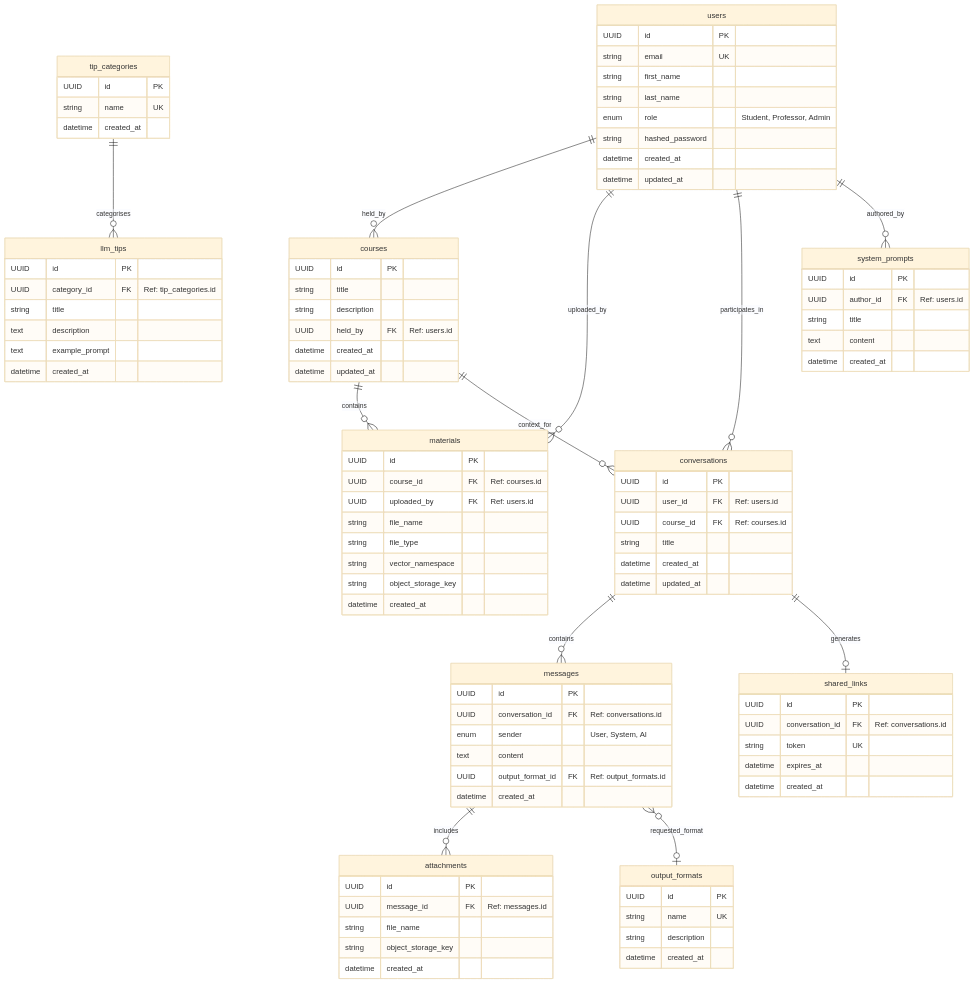
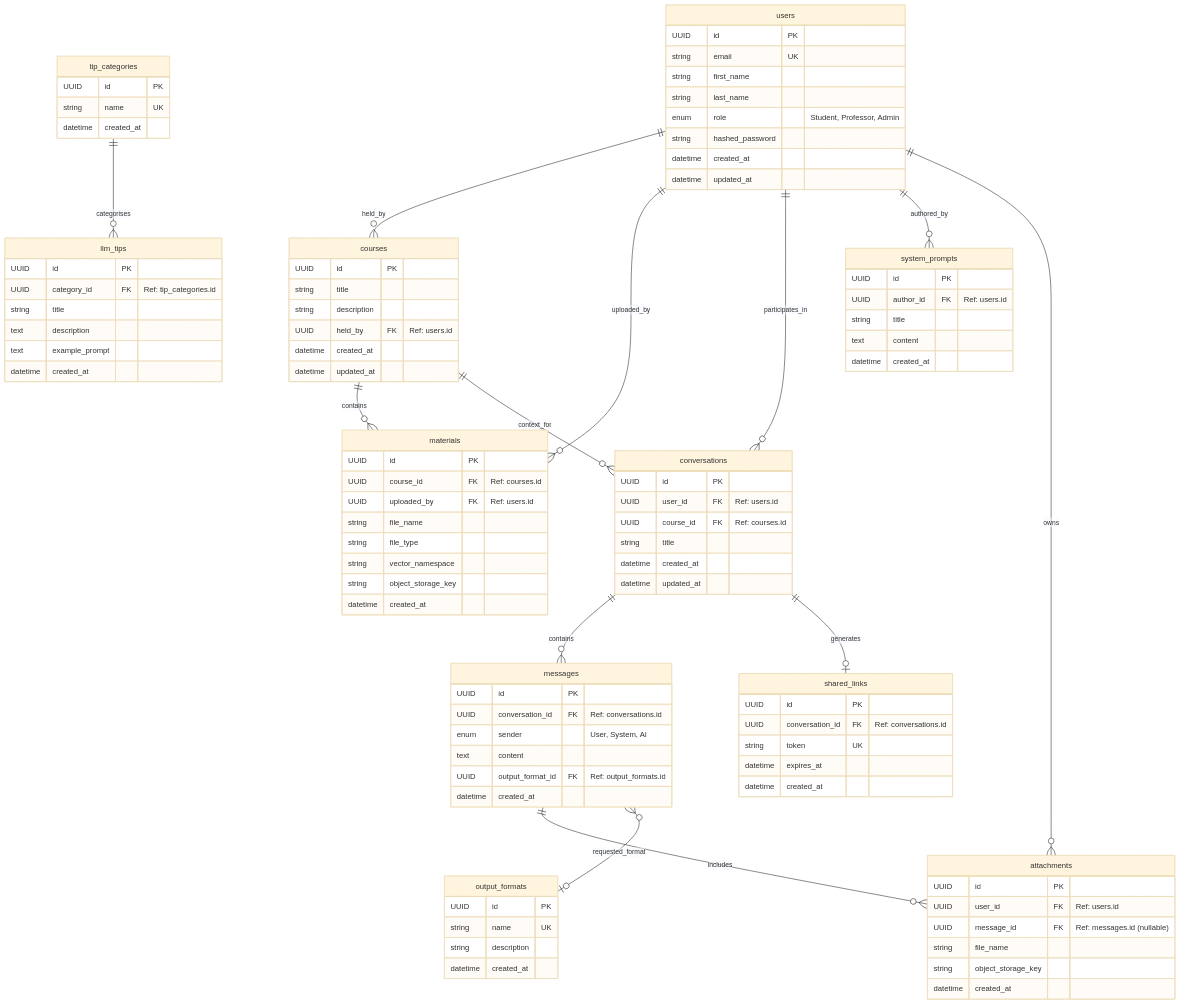
One commit to ULBS-cauci/backend changed the first of 3 diagrams in DATABASE_SCHEMA.md. Above: the diagram before and after it, drawn with Mermaid (base theme). The commit also changed other lines of this file and 6 other files, not shown here.

```diff
--- a/DATABASE_SCHEMA.md
+++ b/DATABASE_SCHEMA.md
@@ -72,7 +72,8 @@
 
     attachments {
         UUID id PK
-        UUID message_id FK "Ref: messages.id"
+        UUID user_id FK "Ref: users.id"
+        UUID message_id FK "Ref: messages.id (nullable)"
         string file_name
         string object_storage_key
         datetime created_at
@@ -110,6 +111,7 @@
     users ||--o{ materials : "uploaded_by"
     users ||--o{ conversations : "participates_in"
     users ||--o{ system_prompts : "authored_by"
+    users ||--o{ attachments : "owns"
 
     %% Course Data
     courses ||--o{ materials : "contains"
```
